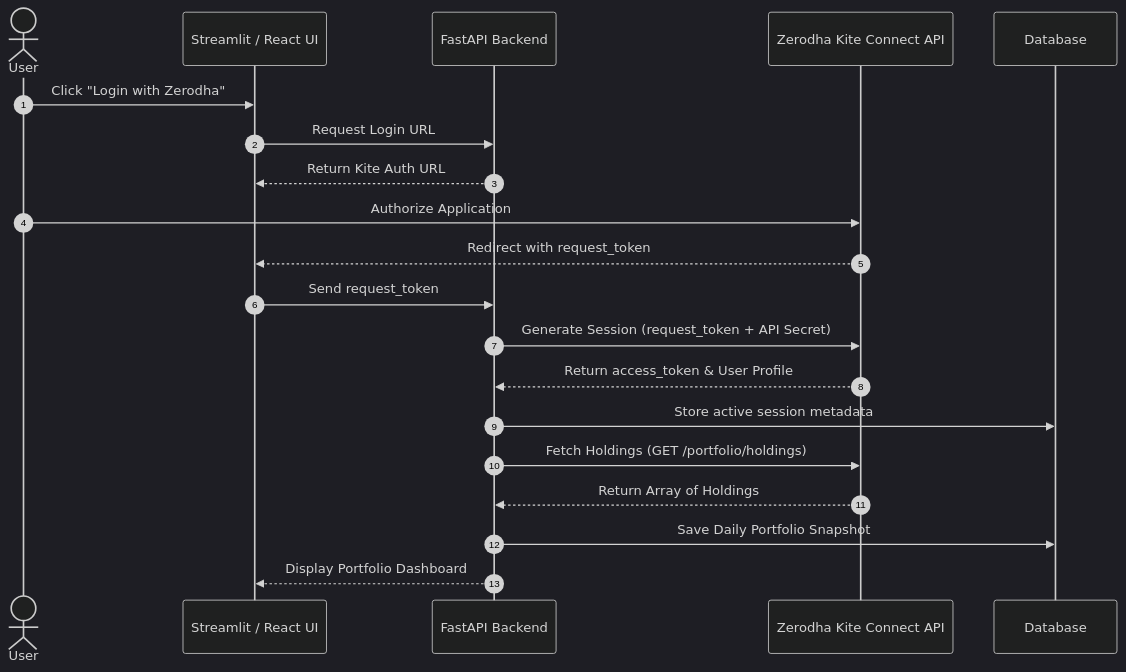
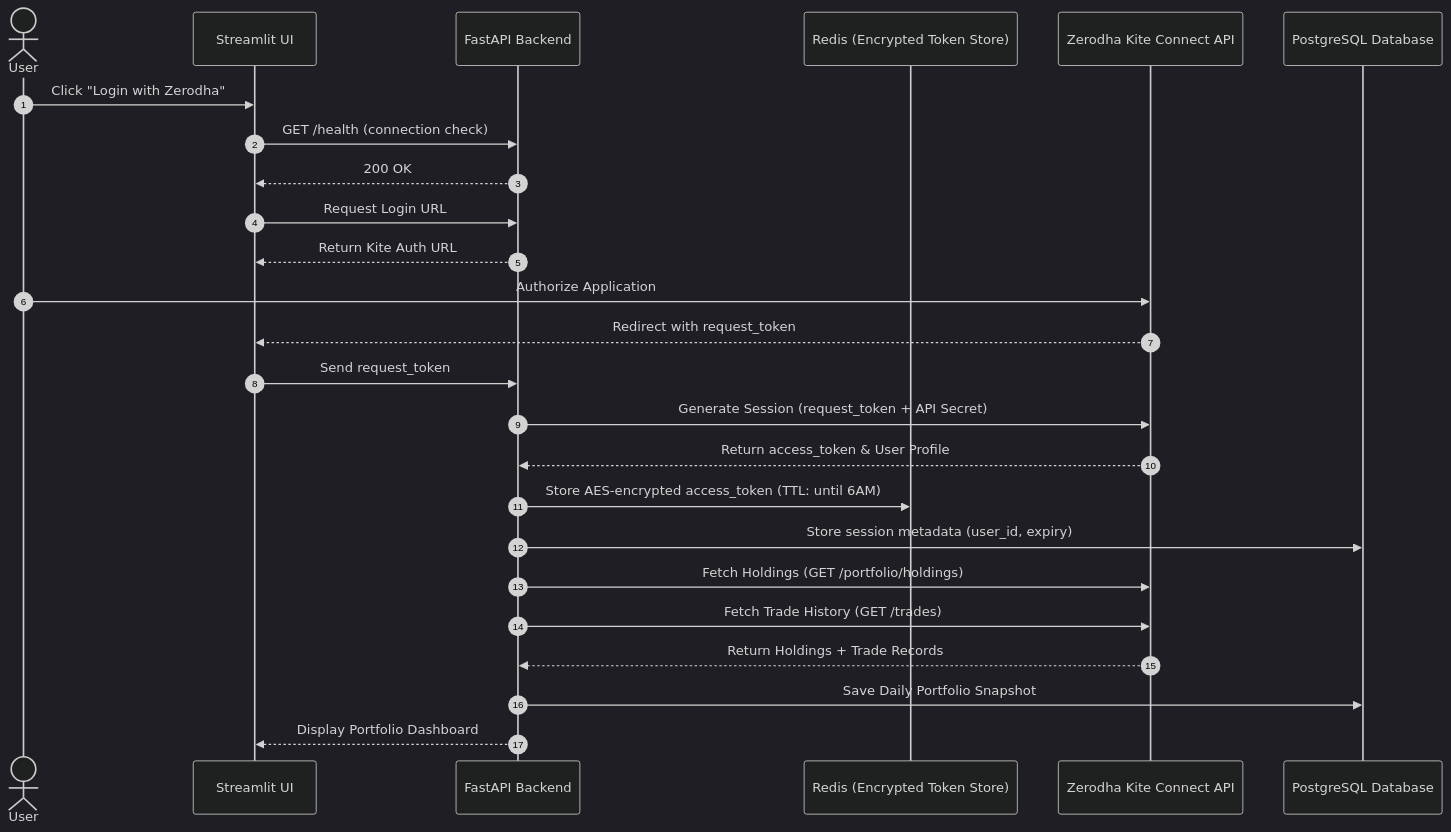
Before and after one commit to benoirajan/portfolio-assistant: the second of 4 diagrams in docs/HLD.md, drawn with Mermaid (dark theme). The commit also changed other lines of this file and 7 other files, not shown here.

Commit message:
docs: architecture review updates and gitignore setup

````diff
--- a/docs/HLD.md
+++ b/docs/HLD.md
@@ -124,23 +142,28 @@
 ```mermaid
 sequenceDiagram
     autonumber
     actor User
-    participant UI as Streamlit / React UI
+    participant UI as Streamlit UI
     participant Backend as FastAPI Backend
+    participant Redis as Redis (Encrypted Token Store)
     participant Zerodha as Zerodha Kite Connect API
-    participant DB as Database
+    participant DB as PostgreSQL Database
 
     User->>UI: Click "Login with Zerodha"
+    UI->>Backend: GET /health (connection check)
+    Backend-->>UI: 200 OK
     UI->>Backend: Request Login URL
     Backend-->>UI: Return Kite Auth URL
     User->>Zerodha: Authorize Application
     Zerodha-->>UI: Redirect with request_token
     UI->>Backend: Send request_token
     Backend->>Zerodha: Generate Session (request_token + API Secret)
     Zerodha-->>Backend: Return access_token & User Profile
-    Backend->>DB: Store active session metadata
+    Backend->>Redis: Store AES-encrypted access_token (TTL: until 6AM)
+    Backend->>DB: Store session metadata (user_id, expiry)
     Backend->>Zerodha: Fetch Holdings (GET /portfolio/holdings)
-    Zerodha-->>Backend: Return Array of Holdings
+    Backend->>Zerodha: Fetch Trade History (GET /trades)
+    Zerodha-->>Backend: Return Holdings + Trade Records
     Backend->>DB: Save Daily Portfolio Snapshot
     Backend-->>UI: Display Portfolio Dashboard
 ```
````
